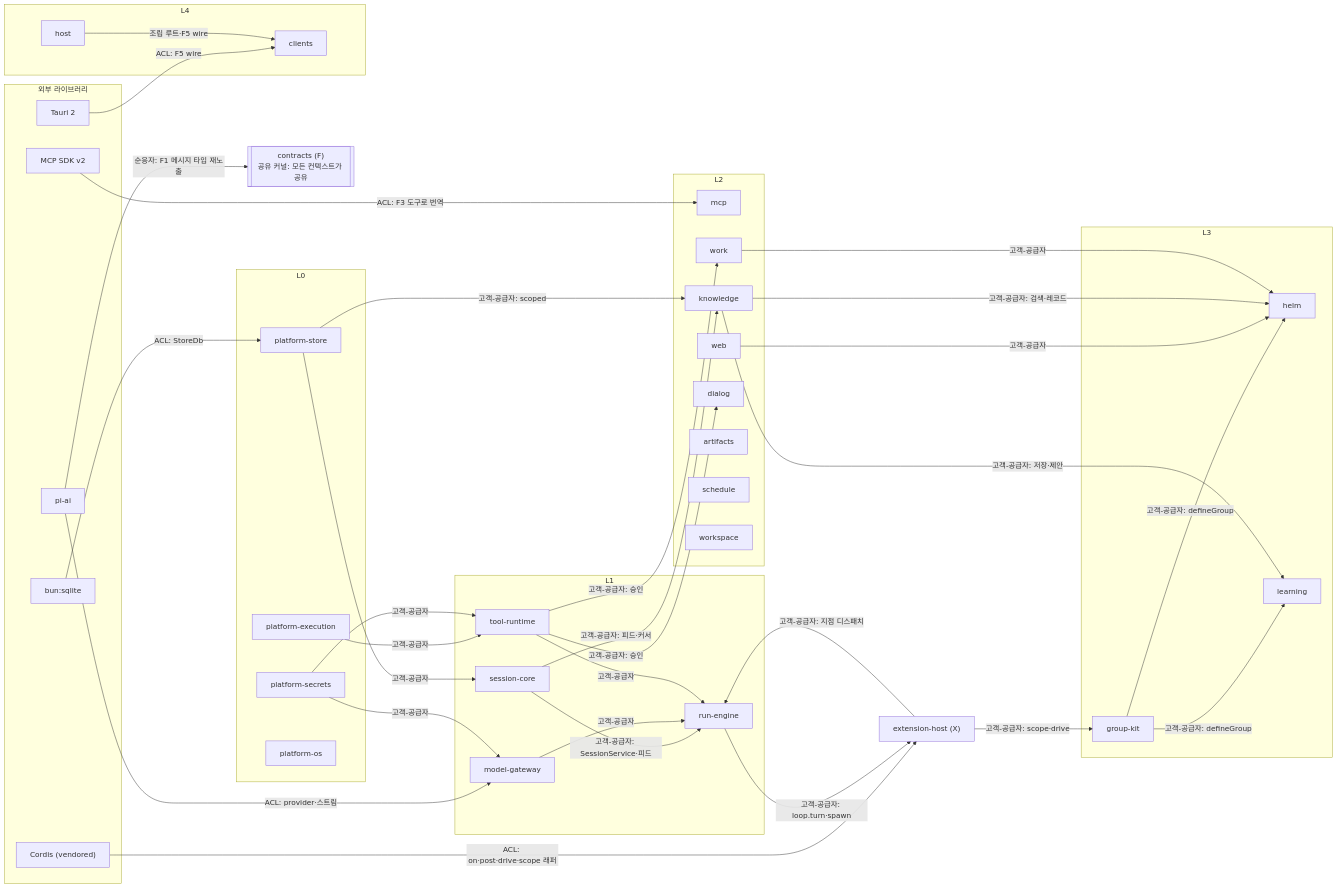
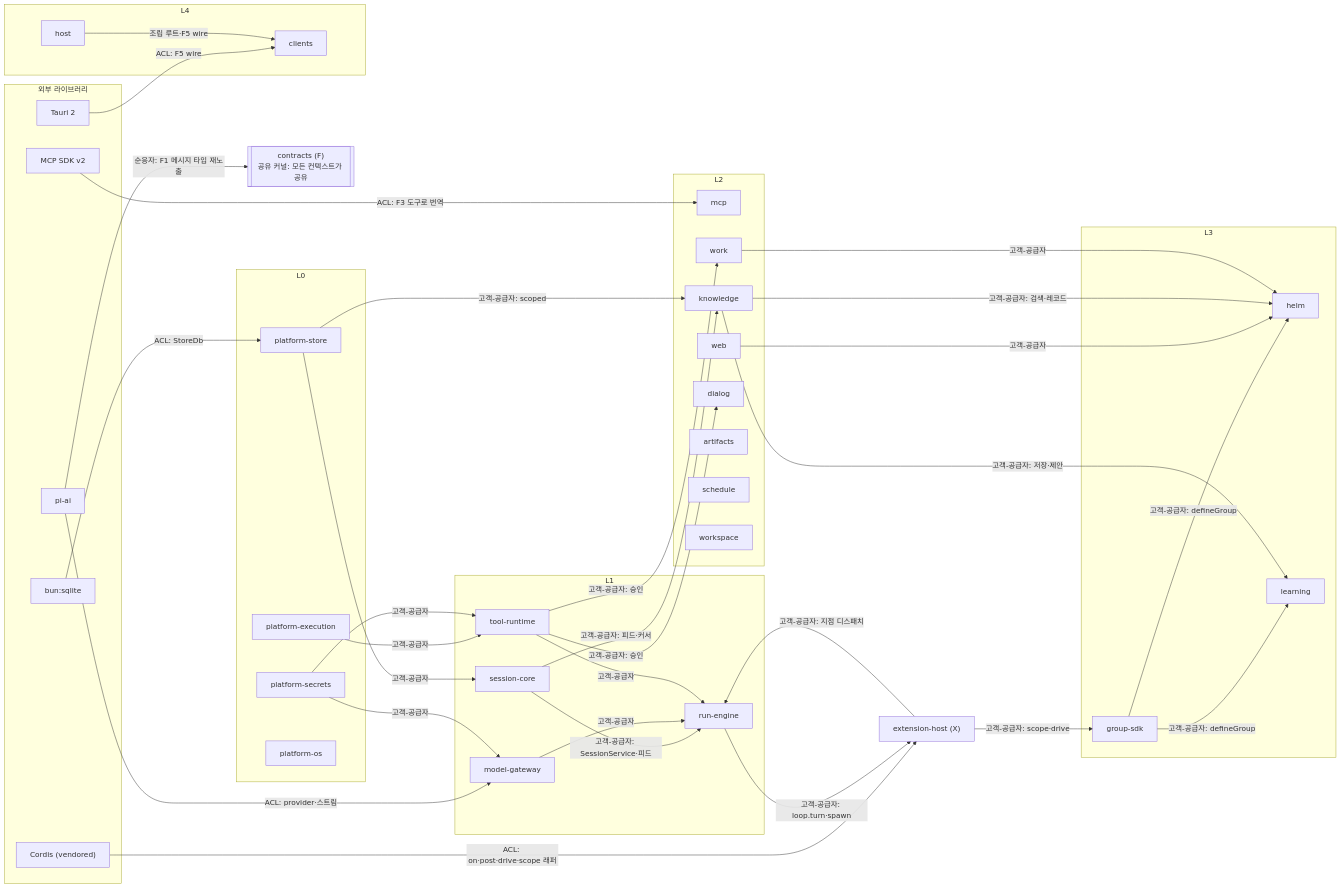
One commit to Rengod95/Helm-Agent_Docs_OS changed the first of 2 diagrams in docs/xeon/engineering/context-map/design.md. Above: the diagram before and after it, drawn with Mermaid. The commit also changed other lines of this file and 328 other files, not shown here.

````diff
--- a/docs/xeon/engineering/context-map/design.md
+++ b/docs/xeon/engineering/context-map/design.md
@@ -87,72 +87,72 @@
 ```mermaid
 flowchart LR
   subgraph EXTLIB["외부 라이브러리"]
     PIAI["pi-ai"]
     MCPSDK["MCP SDK v2"]
     TAURI["Tauri 2"]
     CORDIS["Cordis (vendored)"]
     SQLITE["bun:sqlite"]
   end
   F[["contracts (F)<br/>공유 커널: 모든 컨텍스트가 공유"]]
   subgraph L0["L0"]
     ST["platform-store"]
     PX["platform-execution"]
     SE["platform-secrets"]
     OS["platform-os"]
   end
   XH["extension-host (X)"]
   subgraph L1["L1"]
     SC["session-core"]
     RE["run-engine"]
     MG["model-gateway"]
     TR["tool-runtime"]
   end
   subgraph L2["L2"]
     MCP["mcp"]
     WEB["web"]
     KN["knowledge"]
     WK["work"]
     DL["dialog"]
     AR["artifacts"]
     SH["schedule"]
     WS["workspace"]
   end
   subgraph L3["L3"]
-    GK["group-kit"]
+    GK["group-sdk"]
     HE["helm"]
     LE["learning"]
   end
   subgraph L4["L4"]
     CL["clients"]
     HO["host"]
   end
 
   SQLITE -->|"ACL: StoreDb"| ST
   CORDIS -->|"ACL: on·post·drive·scope 래퍼"| XH
   PIAI -->|"순응자: F1 메시지 타입 재노출"| F
   PIAI -->|"ACL: provider·스트림"| MG
   MCPSDK -->|"ACL: F3 도구로 번역"| MCP
   TAURI -->|"ACL: F5 wire"| CL
 
   ST -->|"고객-공급자"| SC
   ST -->|"고객-공급자: scoped"| KN
   PX -->|"고객-공급자"| TR
   SE -->|"고객-공급자"| TR
   SE -->|"고객-공급자"| MG
   SC -->|"고객-공급자: SessionService·피드"| RE
   SC -->|"고객-공급자: 피드·커서"| KN
   MG -->|"고객-공급자"| RE
   TR -->|"고객-공급자"| RE
   XH -->|"고객-공급자: 지점 디스패치"| RE
   RE -->|"고객-공급자: loop.turn·spawn"| XH
   TR -->|"고객-공급자: 승인"| DL
   TR -->|"고객-공급자: 승인"| WK
   XH -->|"고객-공급자: scope·drive"| GK
   GK -->|"고객-공급자: defineGroup"| HE
   GK -->|"고객-공급자: defineGroup"| LE
   WEB -->|"고객-공급자"| HE
   KN -->|"고객-공급자: 검색·레코드"| HE
   KN -->|"고객-공급자: 저장·제안"| LE
   WK -->|"고객-공급자"| HE
   HO -->|"조립 루트·F5 wire"| CL
 ```
````
